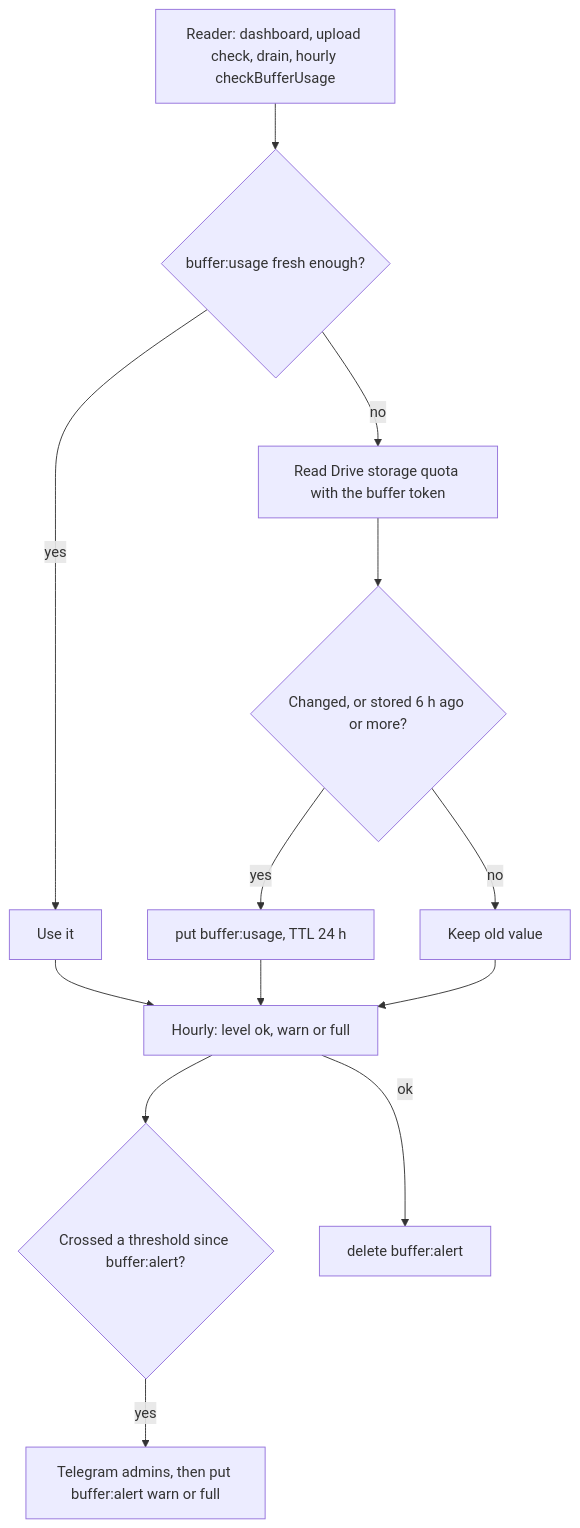
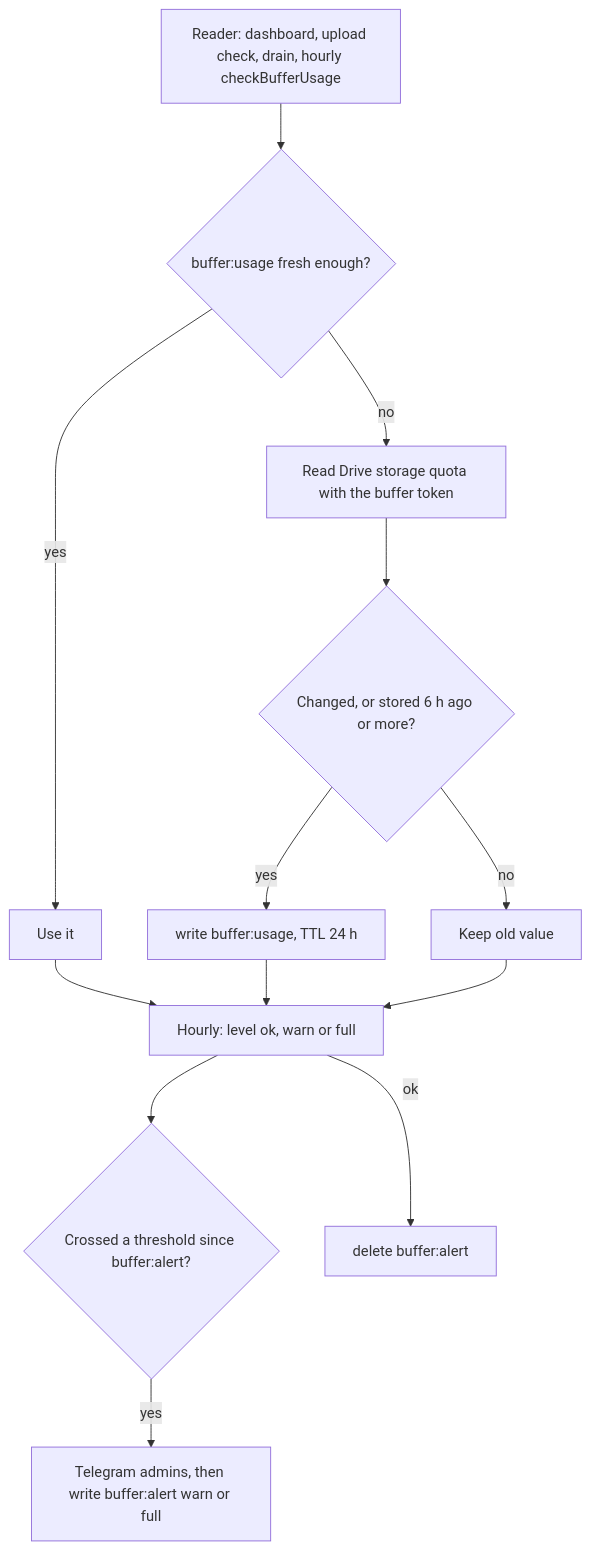
Before and after one commit to sagyzdop/meriksirat: the diagram in docs/scenarios/kv/buffer-usage.md, drawn with Mermaid. The commit also changed other lines of this file and 53 other files, not shown here.

````diff
--- a/docs/scenarios/kv/buffer-usage.md
+++ b/docs/scenarios/kv/buffer-usage.md
@@ -7,15 +7,15 @@
 ```mermaid
 flowchart TD
     A["Reader: dashboard, upload check, drain, hourly checkBufferUsage"] --> B{"buffer:usage fresh enough?"}
     B -- yes --> C[Use it]
     B -- no --> D[Read Drive storage quota with the buffer token]
     D --> E{Changed, or stored 6 h ago or more?}
-    E -- yes --> F["put buffer:usage, TTL 24 h"]
+    E -- yes --> F["write buffer:usage, TTL 24 h"]
     E -- no --> G[Keep old value]
     C --> H["Hourly: level ok, warn or full"]
     F --> H
     G --> H
     H --> I{"Crossed a threshold since buffer:alert?"}
-    I -- yes --> J[Telegram admins, then put buffer:alert warn or full]
+    I -- yes --> J[Telegram admins, then write buffer:alert warn or full]
     H -- ok --> K[delete buffer:alert]
 ```
````
